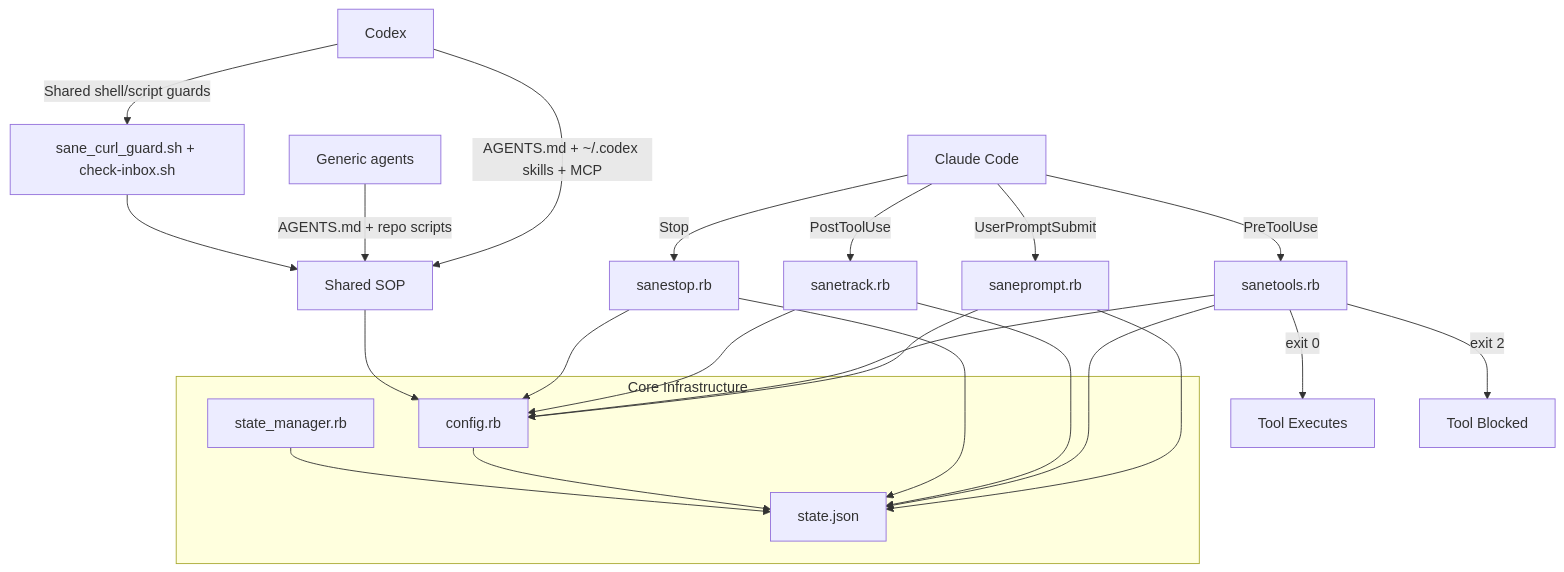
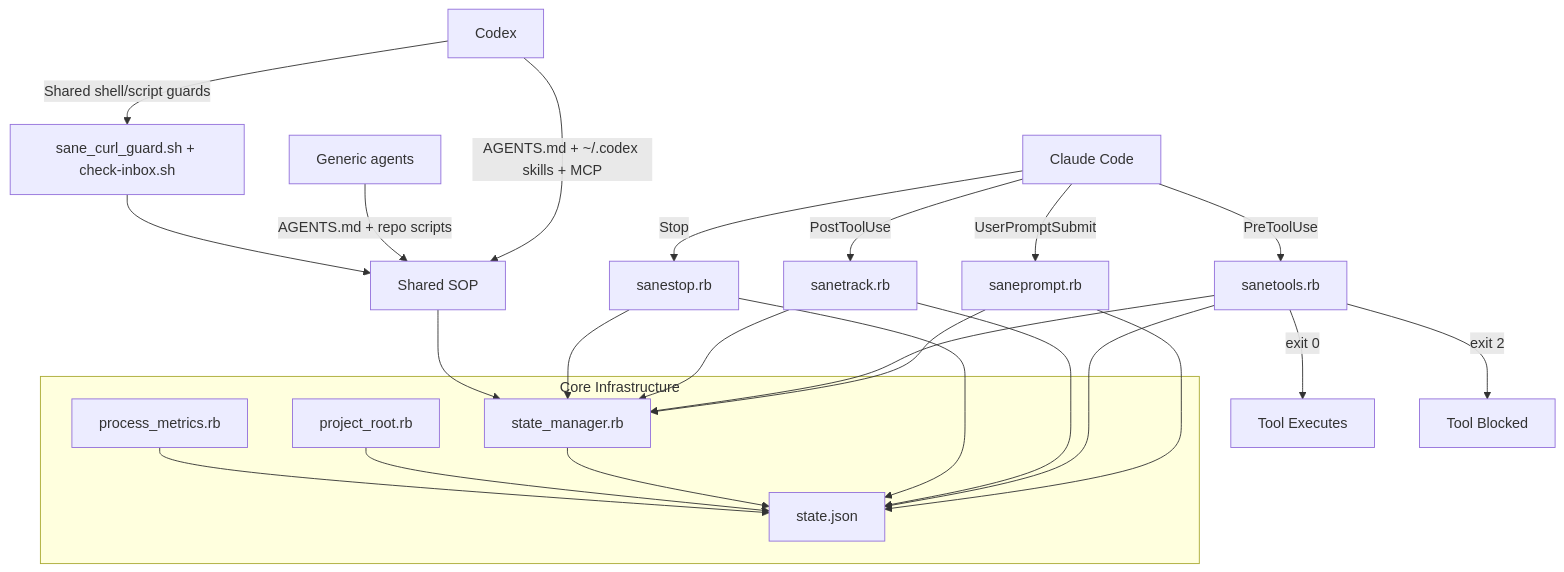
The first of 7 diagrams in ARCHITECTURE.md (sane-apps/SaneProcess), drawn with Mermaid before and after one commit. The commit also changed other lines of this file and 4 other files, not shown here.

````diff
--- a/ARCHITECTURE.md
+++ b/ARCHITECTURE.md
@@ -17,30 +17,31 @@
 ```mermaid
 graph TD
     CC[Claude Code] -->|UserPromptSubmit| SP[saneprompt.rb]
     CC -->|PreToolUse| ST[sanetools.rb]
     CC -->|PostToolUse| SK[sanetrack.rb]
     CC -->|Stop| SS[sanestop.rb]
     CX[Codex] -->|AGENTS.md + ~/.codex skills + MCP| SH[Shared SOP]
     GA[Generic agents] -->|AGENTS.md + repo scripts| SH
     CX -->|Shared shell/script guards| GUARD[sane_curl_guard.sh + check-inbox.sh]
 
     SP --> STATE[state.json]
     ST --> STATE
     SK --> STATE
     SS --> STATE
 
     ST -->|exit 0| ALLOW[Tool Executes]
     ST -->|exit 2| BLOCK[Tool Blocked]
 
     subgraph "Core Infrastructure"
-        CFG[config.rb] --> STATE
         SM[state_manager.rb] --> STATE
+        PR[project_root.rb] --> STATE
+        PM[process_metrics.rb] --> STATE
     end
 
-    SP --> CFG
-    ST --> CFG
-    SK --> CFG
-    SS --> CFG
-    SH --> CFG
+    SP --> SM
+    ST --> SM
+    SK --> SM
+    SS --> SM
+    SH --> SM
     GUARD --> SH
 ```
````
